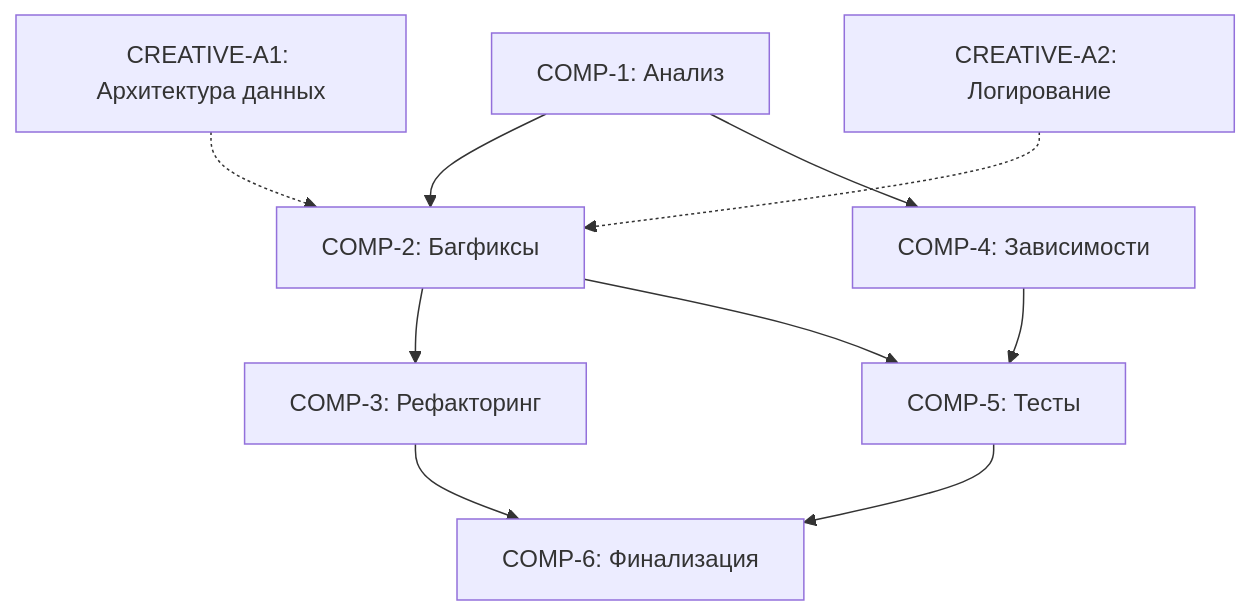
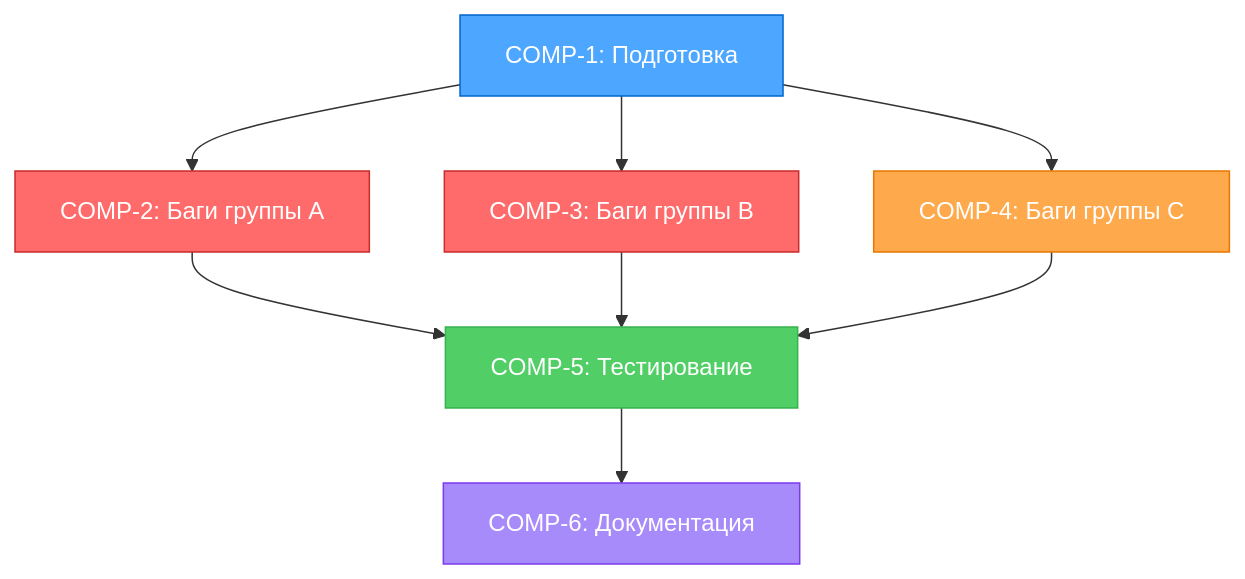
The second of 2 diagrams in memory-bank/tasks.md (bivlked/ReportB24), drawn with Mermaid before and after one commit. The commit also changed other lines of this file and 1 other file, not shown here.

````diff
--- a/memory-bank/tasks.md
+++ b/memory-bank/tasks.md
@@ -404,13 +409,19 @@
 ```mermaid
 graph TD
-    COMP1[COMP-1: Анализ] --> COMP2[COMP-2: Багфиксы]
-    COMP1 --> COMP4[COMP-4: Зависимости]
-    COMP2 --> COMP3[COMP-3: Рефакторинг]
-    COMP2 --> COMP5[COMP-5: Тесты]
-    COMP3 --> COMP6[COMP-6: Финализация]
+    COMP1[COMP-1: Подготовка] --> COMP2[COMP-2: Баги группы A]
+    COMP1 --> COMP3[COMP-3: Баги группы B]
+    COMP1 --> COMP4[COMP-4: Баги группы C]
+    
+    COMP2 --> COMP5[COMP-5: Тестирование]
+    COMP3 --> COMP5
     COMP4 --> COMP5
-    COMP5 --> COMP6
     
-    CREATIVE1[CREATIVE-A1: Архитектура данных] -.-> COMP2
-    CREATIVE2[CREATIVE-A2: Логирование] -.-> COMP2
+    COMP5 --> COMP6[COMP-6: Документация]
+    
+    style COMP1 fill:#4da6ff,stroke:#0066cc,color:white
+    style COMP2 fill:#ff6b6b,stroke:#c92a2a,color:white
+    style COMP3 fill:#ff6b6b,stroke:#c92a2a,color:white
+    style COMP4 fill:#ffa94d,stroke:#e67700,color:white
+    style COMP5 fill:#51cf66,stroke:#37b24d,color:white
+    style COMP6 fill:#a78bfa,stroke:#7c3aed,color:white
 ```
````
